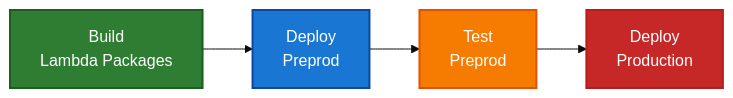
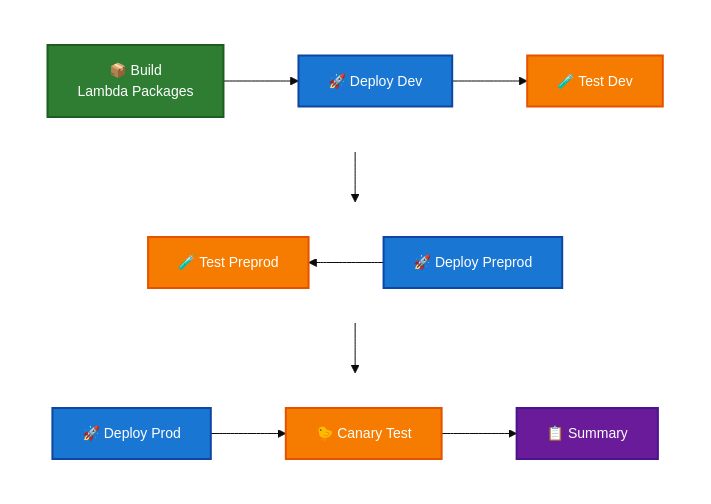
The first of 4 diagrams in README.md (traylorre/sentiment-analyzer-gsk), drawn with Mermaid before and after one commit.

Commit message:
docs: Update pipeline visualization with serpentine layout
Replace horizontal flowchart with serpentine (zig-zag) layout that:
- Shows all 8 pipeline stages: Build → Dev → Preprod → Prod
- Uses subgraph rows to prevent horizontal shrinking
- Includes emoji icons for visual clarity
- Maintains color coding: green=build, blue=deploy, orange=test, purple=summary

🤖 Generated with [Claude Code](https://claude.com/claude-code)

````diff
--- a/README.md
+++ b/README.md
@@ -27,17 +25,42 @@
 ```mermaid
-%%{init: {'theme':'base', 'themeVariables': {'fontSize':'16px'}}}%%
-graph LR
-    Build[Build<br/>Lambda Packages] --> DeployPreprod[Deploy<br/>Preprod]
-    DeployPreprod --> TestPreprod[Test<br/>Preprod]
-    TestPreprod --> DeployProd[Deploy<br/>Production]
+%%{init: {'theme':'base', 'themeVariables': {'fontSize':'14px'}}}%%
+flowchart TB
+    subgraph row1[" "]
+        direction LR
+        Build["📦 Build<br/>Lambda Packages"]
+        DeployDev["🚀 Deploy Dev"]
+        TestDev["🧪 Test Dev"]
+    end
+
+    subgraph row2[" "]
+        direction RL
+        TestPreprod["🧪 Test Preprod"]
+        DeployPreprod["🚀 Deploy Preprod"]
+    end
+
+    subgraph row3[" "]
+        direction LR
+        DeployProd["🚀 Deploy Prod"]
+        CanaryTest["🐤 Canary Test"]
+        Summary["📋 Summary"]
+    end
+
+    Build --> DeployDev --> TestDev
+    TestDev --> DeployPreprod
+    DeployPreprod --> TestPreprod
+    TestPreprod --> DeployProd
+    DeployProd --> CanaryTest --> Summary
 
     classDef buildStep fill:#2e7d32,stroke:#1b5e20,stroke-width:2px,color:#fff
     classDef deployStep fill:#1976d2,stroke:#0d47a1,stroke-width:2px,color:#fff
     classDef testStep fill:#f57c00,stroke:#e65100,stroke-width:2px,color:#fff
     classDef prodStep fill:#c62828,stroke:#b71c1c,stroke-width:2px,color:#fff
+    classDef summaryStep fill:#6a1b9a,stroke:#4a148c,stroke-width:2px,color:#fff
+    classDef invisible fill:none,stroke:none
 
     class Build buildStep
-    class DeployPreprod deployStep
-    class TestPreprod testStep
-    class DeployProd prodStep
+    class DeployDev,DeployPreprod,DeployProd deployStep
+    class TestDev,TestPreprod,CanaryTest testStep
+    class Summary summaryStep
+    class row1,row2,row3 invisible
 ```
````
